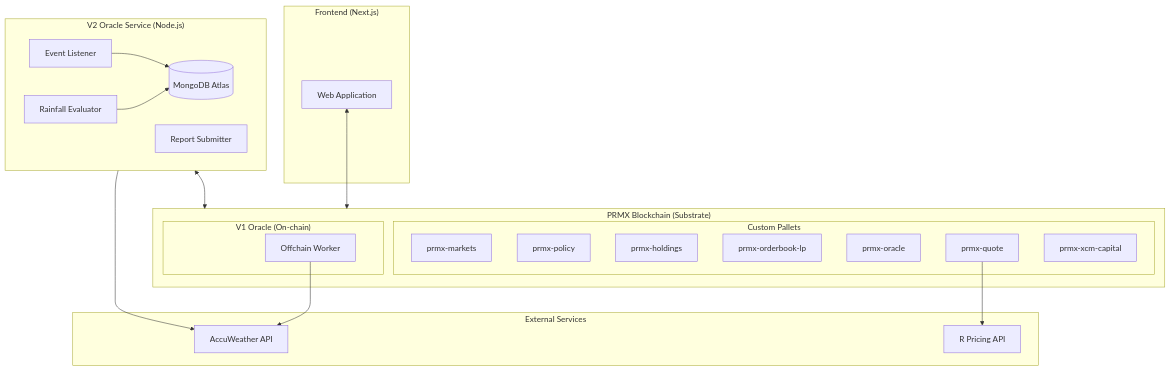
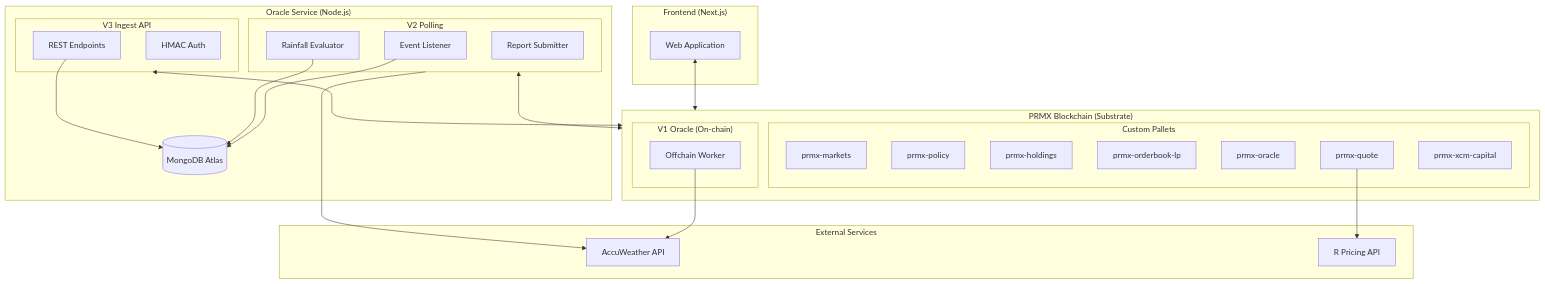
The diagram in README.md (golgocat/PRMX-new-BlockChainApp), drawn with Mermaid before and after one commit. The commit also changed other lines of this file and 17 other files, not shown here.

````diff
--- a/README.md
+++ b/README.md
@@ -44,42 +46,50 @@
 ```mermaid
 flowchart TB
     subgraph Frontend["Frontend (Next.js)"]
         UI[Web Application]
     end
 
     subgraph Blockchain["PRMX Blockchain (Substrate)"]
         subgraph Pallets["Custom Pallets"]
             Markets[prmx-markets]
             Policy[prmx-policy]
             Holdings[prmx-holdings]
             Orderbook[prmx-orderbook-lp]
             Oracle[prmx-oracle]
             Quote[prmx-quote]
             XcmCapital[prmx-xcm-capital]
         end
         
         subgraph OracleV1["V1 Oracle (On-chain)"]
             OCW[Offchain Worker]
         end
     end
 
-    subgraph OracleV2["V2 Oracle Service (Node.js)"]
-        Listener[Event Listener]
-        Evaluator[Rainfall Evaluator]
-        Reporter[Report Submitter]
+    subgraph OracleService["Oracle Service (Node.js)"]
+        subgraph V2["V2 Polling"]
+            Listener[Event Listener]
+            Evaluator[Rainfall Evaluator]
+            Reporter[Report Submitter]
+        end
+        subgraph V3["V3 Ingest API"]
+            IngestAPI[REST Endpoints]
+            HMACAuth[HMAC Auth]
+        end
         MongoDB[(MongoDB Atlas)]
     end
 
     subgraph External["External Services"]
         AccuWeather[AccuWeather API]
         RPricing[R Pricing API]
     end
 
     UI <--> Blockchain
     OCW --> AccuWeather
     Quote --> RPricing
-    OracleV2 --> AccuWeather
-    OracleV2 <--> Blockchain
+    V2 --> AccuWeather
+    V2 <--> Blockchain
+    V3 <--> Blockchain
     Listener --> MongoDB
     Evaluator --> MongoDB
+    IngestAPI --> MongoDB
 ```
````
